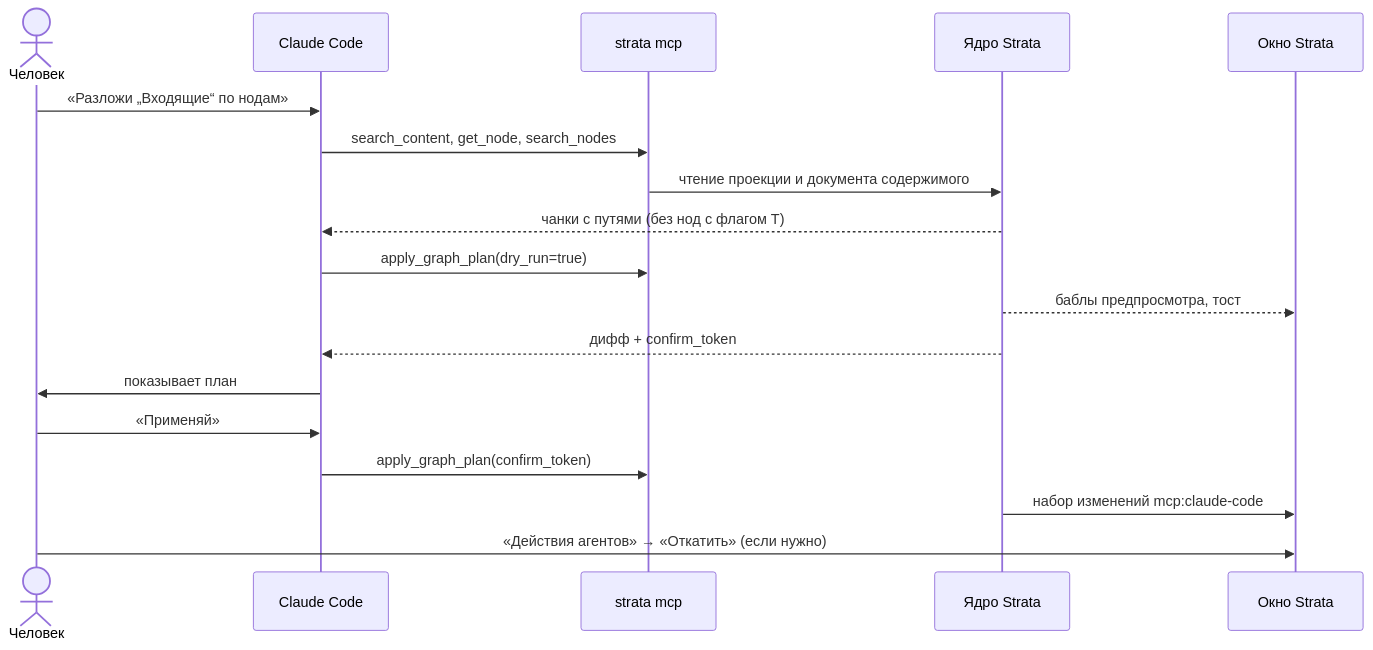
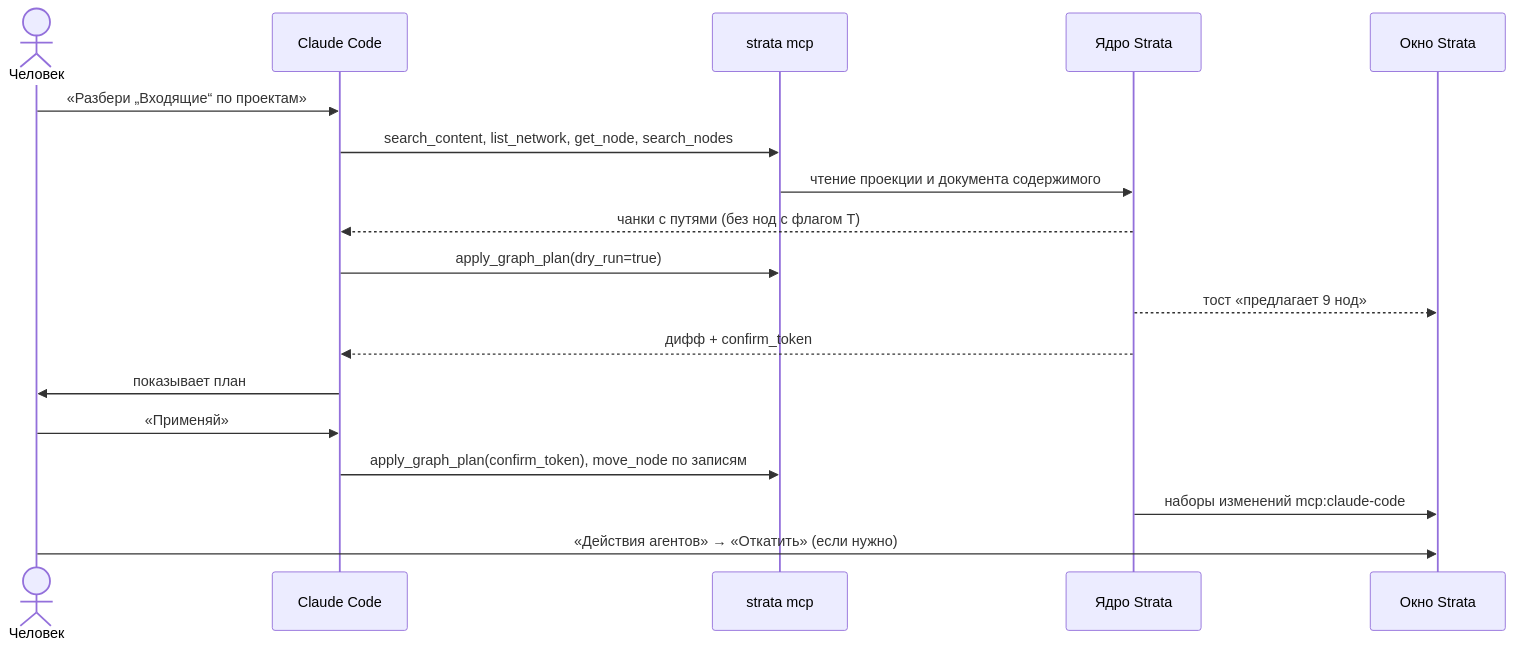
One commit to AntonZyuzin/Strata changed the diagram in docs/04-personas-scenarios.md. Above: the diagram before and after it, drawn with Mermaid. The commit also changed other lines of this file and 11 other files, not shown here.

First line of the commit message:
docs: apply consistency fixes to core model, glossary, vision, ADR-0001/0002, scenarios, canvas UX, search

````diff
--- a/docs/04-personas-scenarios.md
+++ b/docs/04-personas-scenarios.md
@@ -457,20 +445,20 @@
 ```mermaid
 sequenceDiagram
     actor U as Человек
     participant A as Claude Code
     participant M as strata mcp
     participant C as Ядро Strata
     participant W as Окно Strata
-    U->>A: «Разложи „Входящие“ по нодам»
-    A->>M: search_content, get_node, search_nodes
+    U->>A: «Разбери „Входящие“ по проектам»
+    A->>M: search_content, list_network, get_node, search_nodes
     M->>C: чтение проекции и документа содержимого
     C-->>A: чанки с путями (без нод с флагом T)
     A->>M: apply_graph_plan(dry_run=true)
-    C-->>W: баблы предпросмотра, тост
+    C-->>W: тост «предлагает 9 нод»
     C-->>A: дифф + confirm_token
     A->>U: показывает план
     U->>A: «Применяй»
-    A->>M: apply_graph_plan(confirm_token)
-    C->>W: набор изменений mcp:claude-code
+    A->>M: apply_graph_plan(confirm_token), move_node по записям
+    C->>W: наборы изменений mcp:claude-code
     U->>W: «Действия агентов» → «Откатить» (если нужно)
 ```
````
